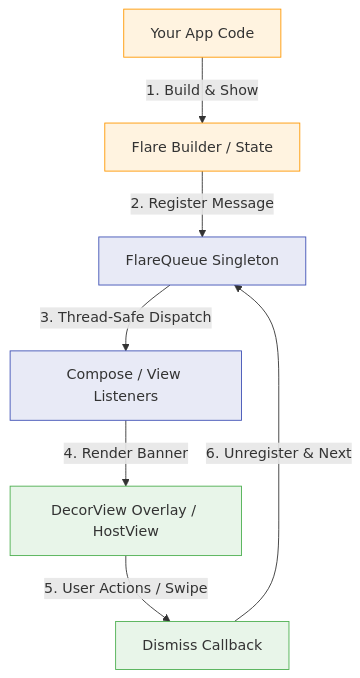
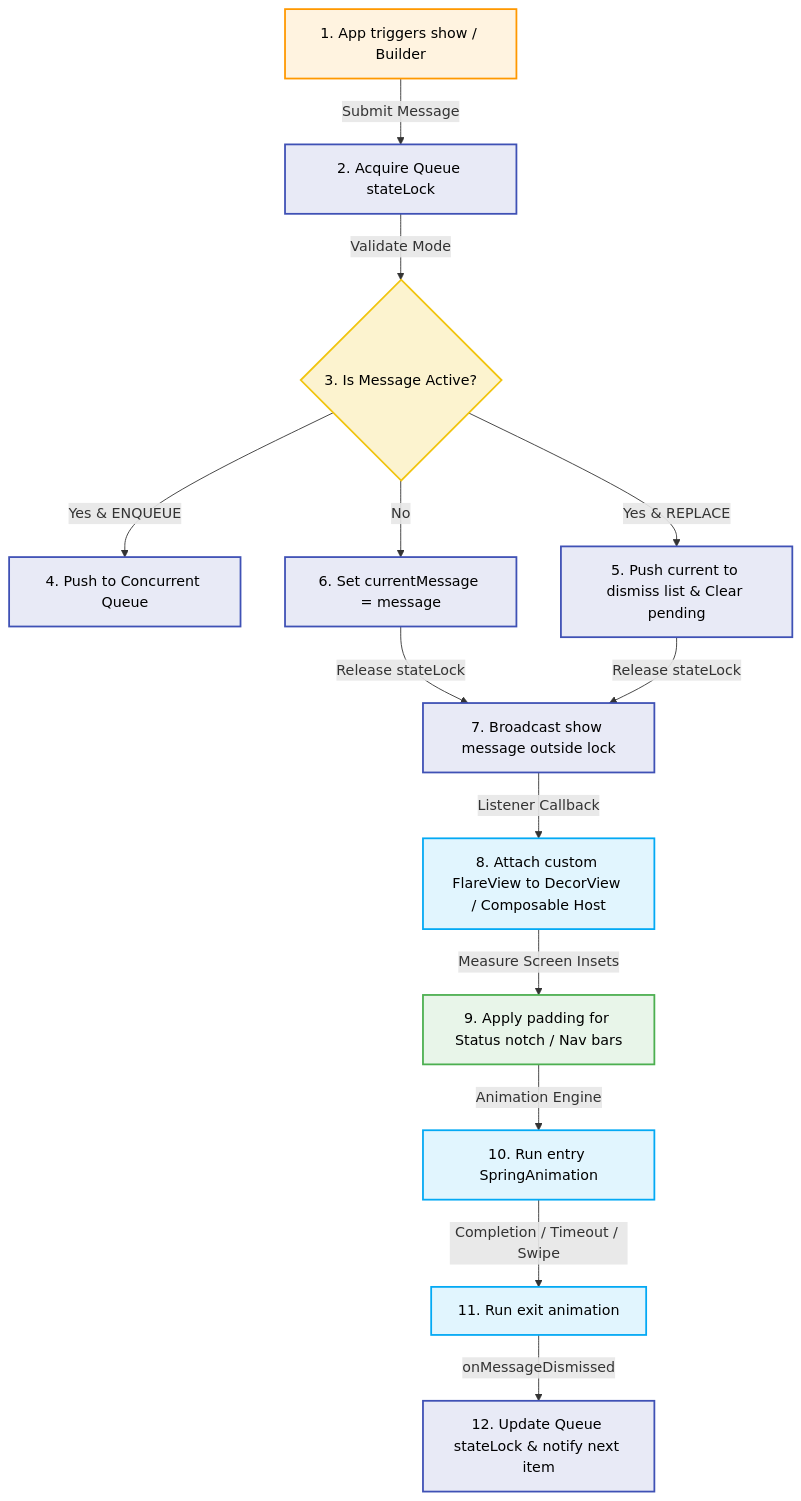
One commit to RoxyBasicNeedBot/Flare changed the diagram in README.md. Above: the diagram before and after it, drawn with Mermaid. The commit also changed other lines of this file and 6 other files, not shown here.

````diff
--- a/README.md
+++ b/README.md
@@ -73,14 +77,28 @@
 ```mermaid
 graph TD
-    classDef core fill:#E8EAF6,stroke:#3F51B5,stroke-width:1px;
-    classDef android fill:#E8F5E9,stroke:#4CAF50,stroke-width:1px;
-    classDef compose fill:#E1F5FE,stroke:#03A9F4,stroke-width:1px;
-    classDef app fill:#FFF3E0,stroke:#FF9800,stroke-width:1px;
+    %% Node Styling Definitions %%
+    classDef appNode fill:#FFF3E0,stroke:#FF9800,stroke-width:2px,color:#000;
+    classDef coreNode fill:#E8EAF6,stroke:#3F51B5,stroke-width:2px,color:#000;
+    classDef uiNode fill:#E1F5FE,stroke:#03A9F4,stroke-width:2px,color:#000;
+    classDef osNode fill:#E8F5E9,stroke:#4CAF50,stroke-width:2px,color:#000;
 
-    App[Your App Code]:::app -->|1. Build & Show| Builder[Flare Builder / State]:::app
-    Builder -->|2. Register Message| Queue[FlareQueue Singleton]:::core
-    Queue -->|3. Thread-Safe Dispatch| UI[Compose / View Listeners]:::core
-    UI -->|4. Render Banner| Overlay[DecorView Overlay / HostView]:::android
-    Overlay -->|5. User Actions / Swipe| Dismiss[Dismiss Callback]:::android
-    Dismiss -->|6. Unregister & Next| Queue
+    %% Workflow Connections %%
+    App[1. App triggers show / Builder]:::appNode -->|Submit Message| Lock[2. Acquire Queue stateLock]:::coreNode
+    Lock -->|Validate Mode| ActiveCheck{3. Is Message Active?}:::coreNode
+    ActiveCheck -->|Yes & ENQUEUE| Queue[4. Push to Concurrent Queue]:::coreNode
+    ActiveCheck -->|Yes & REPLACE| DismissPrev[5. Push current to dismiss list & Clear pending]:::coreNode
+    ActiveCheck -->|No| SetActive[6. Set currentMessage = message]:::coreNode
+    
+    SetActive -->|Release stateLock| Notify[7. Broadcast show message outside lock]:::coreNode
+    DismissPrev -->|Release stateLock| Notify
+    
+    Notify -->|Listener Callback| Window[8. Attach custom FlareView to DecorView / Composable Host]:::uiNode
+    Window -->|Measure Screen Insets| Insets[9. Apply padding for Status notch / Nav bars]:::osNode
+    Insets -->|Animation Engine| Spring[10. Run entry SpringAnimation]:::uiNode
+    
+    Spring -->|Completion / Timeout / Swipe| Clean[11. Run exit animation]:::uiNode
+    Clean -->|onMessageDismissed| Release[12. Update Queue stateLock & notify next item]:::coreNode
+
+    %% Styling Application %%
+    style ActiveCheck fill:#FCF3CF,stroke:#F1C40F,stroke-width:2px,color:#000
 ```
````
